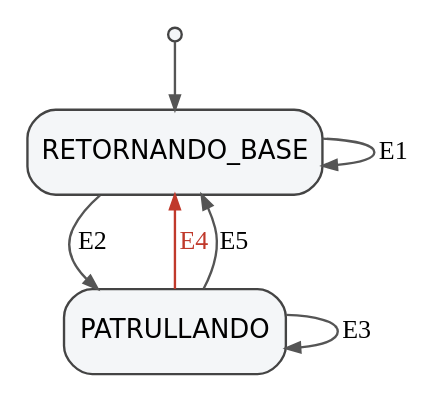
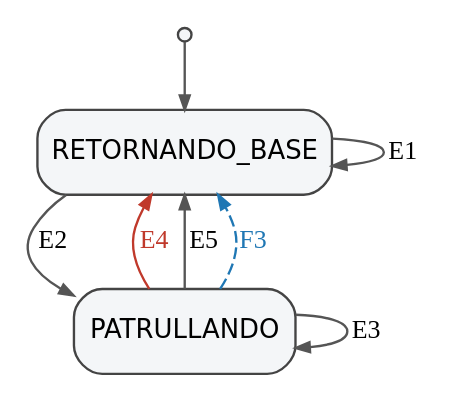
One commit to R0SEWT/cs-topics changed the diagram in labs/tb2/informe/diagramas/fsm_explorador.dot. Above: the diagram before and after it, drawn with Graphviz. The commit also changed 29 other files, not shown here.

```diff
--- a/labs/tb2/informe/diagramas/fsm_explorador.dot
+++ b/labs/tb2/informe/diagramas/fsm_explorador.dot
@@ -1,11 +1,12 @@
 // FSM del dron explorador (_explorador).
 digraph fsm_explorador {
   rankdir=TB; nodesep=0.3; ranksep=0.38; graph [fontname="DejaVu Sans"]; node [fontname="DejaVu Sans", fontsize=11, shape=box, style="rounded,filled", fillcolor="#f4f6f8", color="#444444", margin="0.08,0.05"]; edge [fontname="DejaVu Sans Bold", fontsize=11, color="#555555", arrowsize=0.6];
   e0 [shape=point, width=0.08];
   e0 -> RETORNANDO_BASE;
   RETORNANDO_BASE -> RETORNANDO_BASE [label="E1"];
   RETORNANDO_BASE -> PATRULLANDO [label="E2"];
   PATRULLANDO -> PATRULLANDO [label="E3"];
   PATRULLANDO -> RETORNANDO_BASE [label="E4", color="#c0392b", fontcolor="#c0392b"];
   PATRULLANDO -> RETORNANDO_BASE [label="E5"];
+  PATRULLANDO -> RETORNANDO_BASE [label="F3", style=dashed, color="#1f77b4", fontcolor="#1f77b4"];
 }
```
